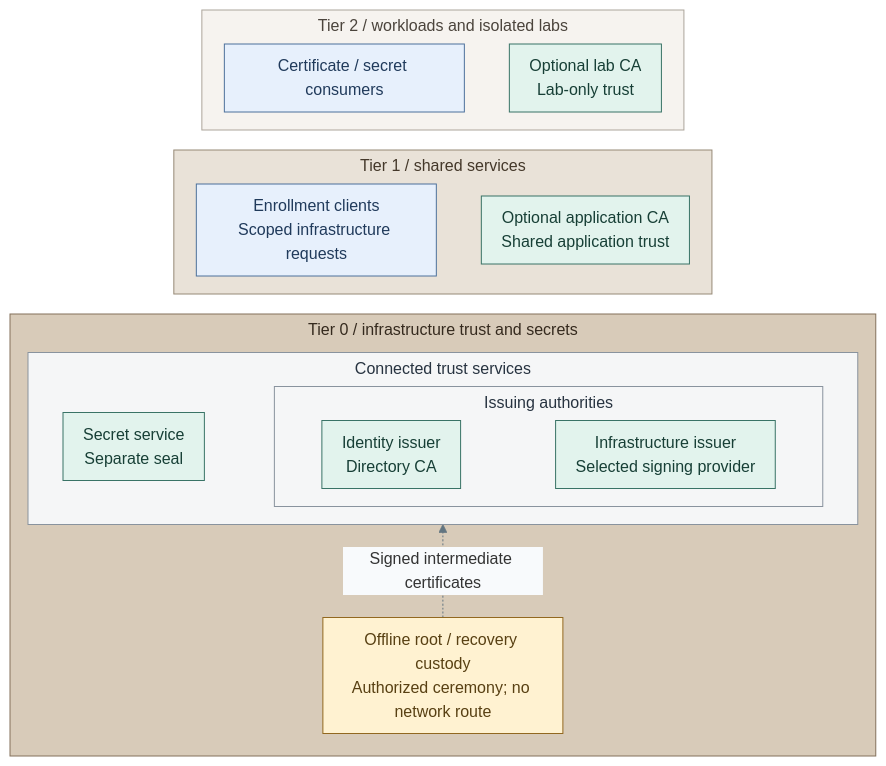
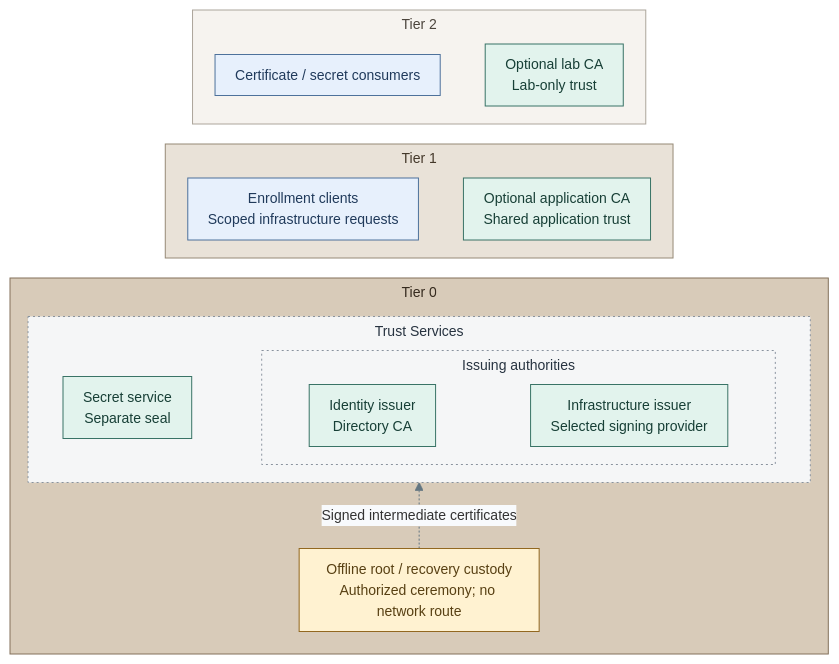
Before and after one commit to Rexus/homelab: the diagram in docs/01-architecture/08-cryptography/README.md, drawn with Mermaid. The commit also changed 124 other files, not shown here.

First line of the commit message:
fix(platform): align service diagrams and directory failover

````diff
--- a/docs/01-architecture/08-cryptography/README.md
+++ b/docs/01-architecture/08-cryptography/README.md
@@ -14,48 +14,48 @@
 ```mermaid
-%%{init: {"theme":"base","flowchart":{"nodeSpacing":16,"rankSpacing":20,"padding":10,"subGraphTitleMargin":{"top":4,"bottom":12}},"themeVariables":{"lineColor":"#627581","edgeLabelBackground":"#f8fafc"}}}%%
+%%{init: {"theme":"base","flowchart":{"nodeSpacing":16,"rankSpacing":20,"padding":10,"subGraphTitleMargin":{"top":4,"bottom":12}},"themeVariables":{"lineColor":"#627581","edgeLabelBackground":"#f8fafc","fontFamily":"Arial, sans-serif","fontSize":"14px"},"fontFamily":"Arial, sans-serif"}}%%
 flowchart BT
-  subgraph T2["Tier 2 / workloads and isolated labs"]
+  subgraph T2["Tier 2"]
     direction LR
     Workloads["Certificate / secret consumers"]
     LabCA["Optional lab CA<br/>Lab-only trust"]
     Workloads ~~~ LabCA
   end
-  subgraph T1["Tier 1 / shared services"]
+  subgraph T1["Tier 1"]
     direction LR
     Enrollment["Enrollment clients<br/>Scoped infrastructure requests"]
     AppCA["Optional application CA<br/>Shared application trust"]
     Enrollment ~~~ AppCA
   end
-  subgraph T0["Tier 0 / infrastructure trust and secrets"]
+  subgraph T0["Tier 0"]
     direction BT
-    subgraph Online["Connected trust services"]
+    subgraph Online["Trust Services"]
       direction LR
       Secrets["Secret service<br/>Separate seal"]
       subgraph Issuers["Issuing authorities"]
         direction LR
         Identity["Identity issuer<br/>Directory CA"]
         Issuer["Infrastructure issuer<br/>Selected signing provider"]
         Identity ~~~ Issuer
       end
       Secrets ~~~ Issuers
     end
     Root["Offline root / recovery custody<br/>Authorized ceremony; no network route"]
     Root -. Signed intermediate certificates .-> Online
   end
   T0 ~~~ T1 ~~~ T2
   classDef default fill:#f8fafc,stroke:#64748b,color:#1f2937
   classDef tier0 fill:#d8cbb9,stroke:#83715a,color:#352a1e
   classDef tier1 fill:#e9e2d8,stroke:#968976,color:#44382a
   classDef tier2 fill:#f6f3ef,stroke:#aca59b,color:#4b443c
   classDef services fill:#e7f0fc,stroke:#4d719b,color:#203a5b
   classDef control fill:#e2f3ed,stroke:#397366,color:#173f36
-  classDef group fill:#f5f6f7,stroke:#89939e,color:#273340
+  classDef group fill:#f5f6f7,stroke:#89939e,color:#273340,stroke-dasharray:2 3
   classDef custody fill:#fff2d1,stroke:#926820,color:#584013
   class T0 tier0
   class T1 tier1
   class T2 tier2
   class Workloads,Enrollment services
   class AppCA,LabCA,Secrets,Identity,Issuer control
   class Online,Issuers group
   class Root custody
 ```
````
